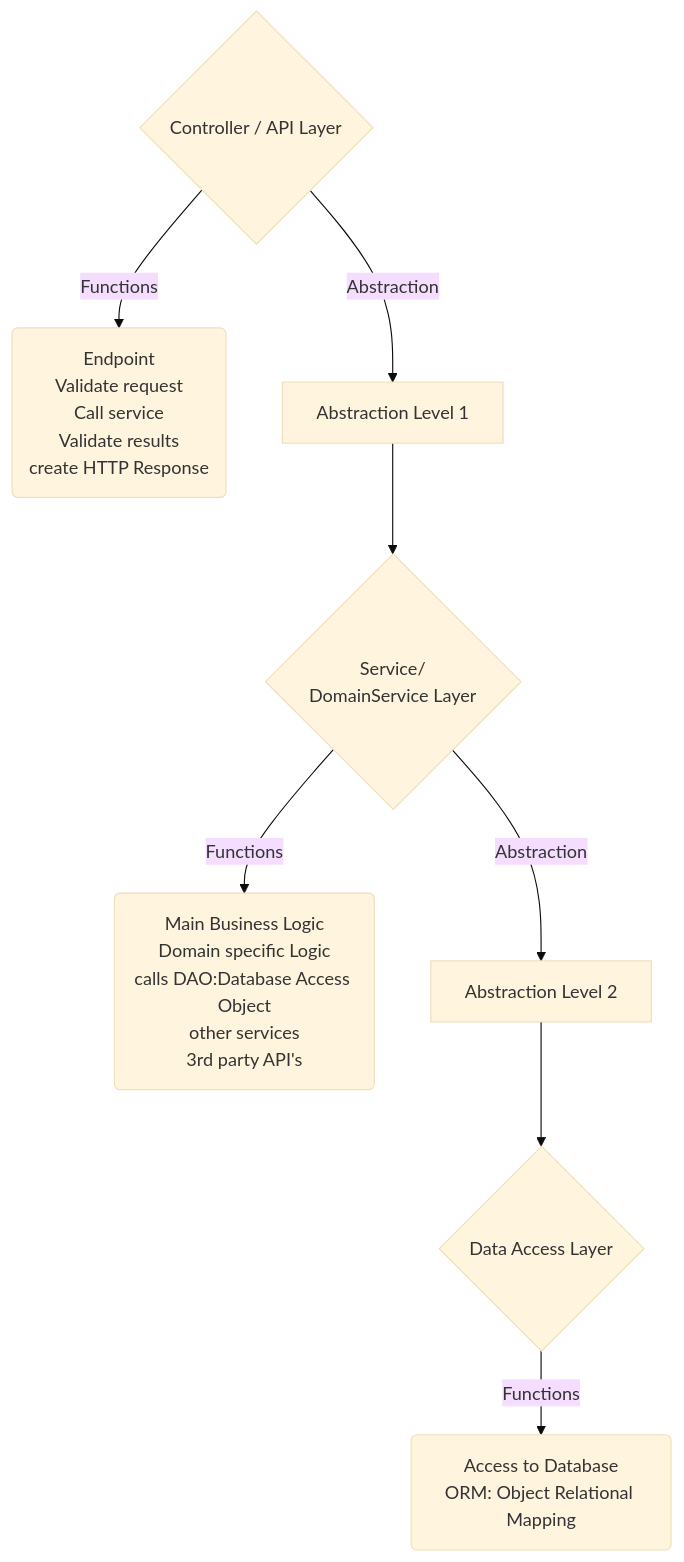
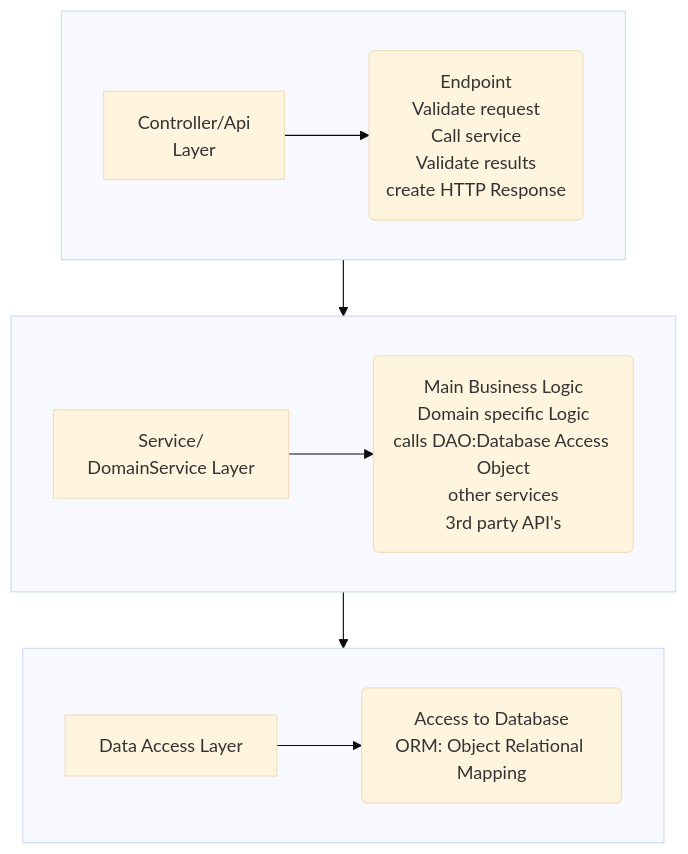
Before and after one commit to Drystan-Furor/food: the diagram in README.md, drawn with Mermaid (base theme).

Commit message:
update Readme.md
improving trivia chart

````diff
--- a/README.md
+++ b/README.md
@@ -53,19 +53,22 @@
 ```mermaid
-graph TD
-1{Controller / API Layer}
+flowchart TD
 
-a(Endpoint<br>Validate request<br>Call service<BR>Validate results<br>create HTTP Response)
-1--> |Functions|a
-1--> |Abstraction|x[Abstraction Level 1]
-x -->2{Service/ <br>DomainService Layer}
+subgraph Z[" "]
+direction LR
+  1[Controller/Api <br>Layer] --> B(Endpoint<br>Validate request<br>Call service<BR>Validate results<br>create HTTP Response)
+end
 
-b(Main Business Logic<br>Domain specific Logic<br>calls DAO:Database Access Object<br>other services<br>3rd party API's<br>)
-2--> |Functions|b
-2--> |Abstraction|Y[Abstraction Level 2]
-Y --> 3
+subgraph ZA[" "]
+direction LR
+    2[Service/ <br>DomainService Layer] --> b(Main Business Logic<br>Domain specific Logic<br>calls DAO:Database Access Object<br>other services<br>3rd party API's<br>)
+end
 
-3{Data Access Layer}
-c(Access to Database<BR>ORM: Object Relational Mapping)
-3--> |Functions|c
+subgraph ZB[" "]
+direction LR
+    3[Data Access Layer]-->c(Access to Database<BR>ORM: Object Relational Mapping)
+end
+
+Z --> ZA
+ZA --> ZB
 
 ```
````
